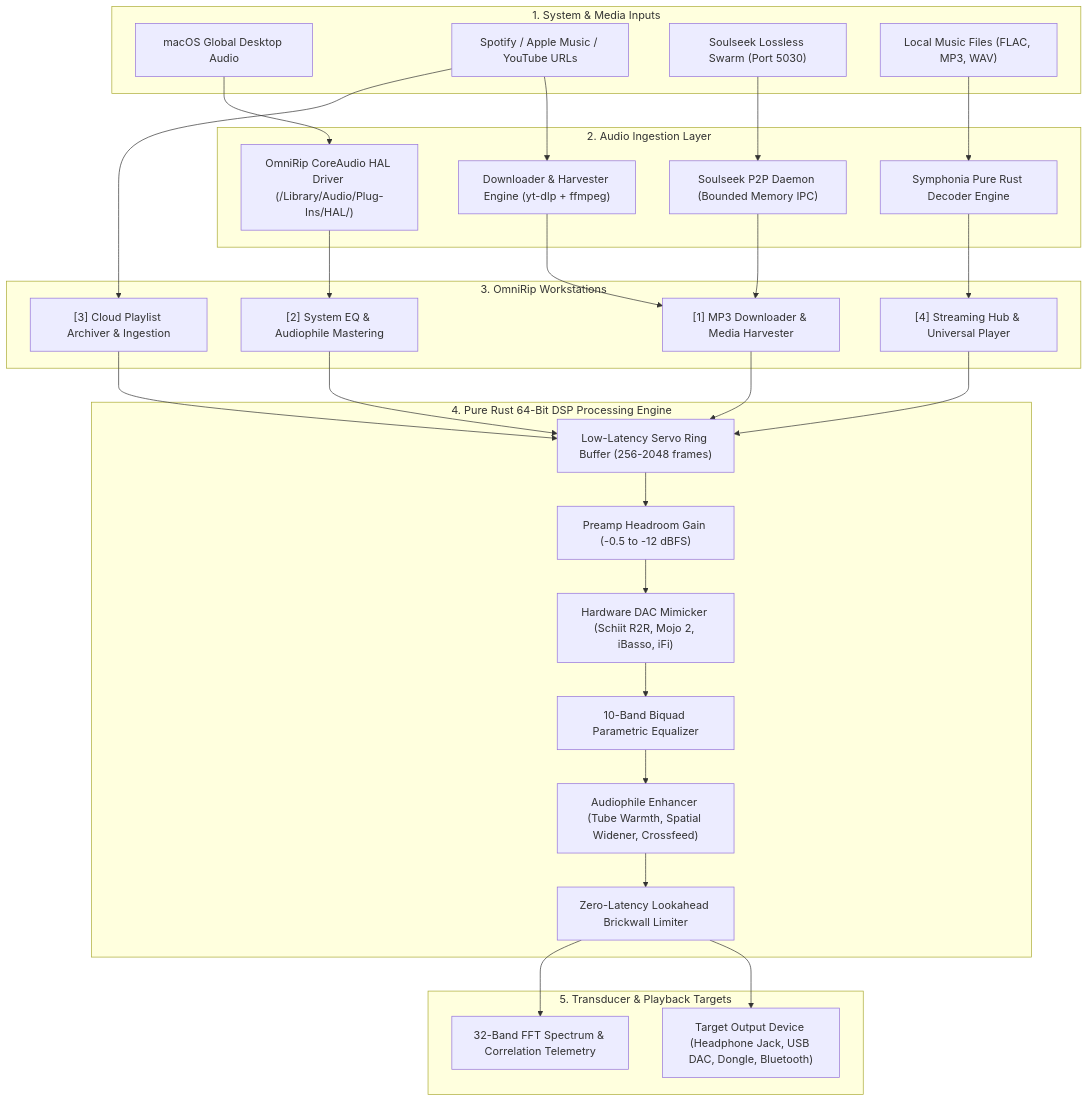
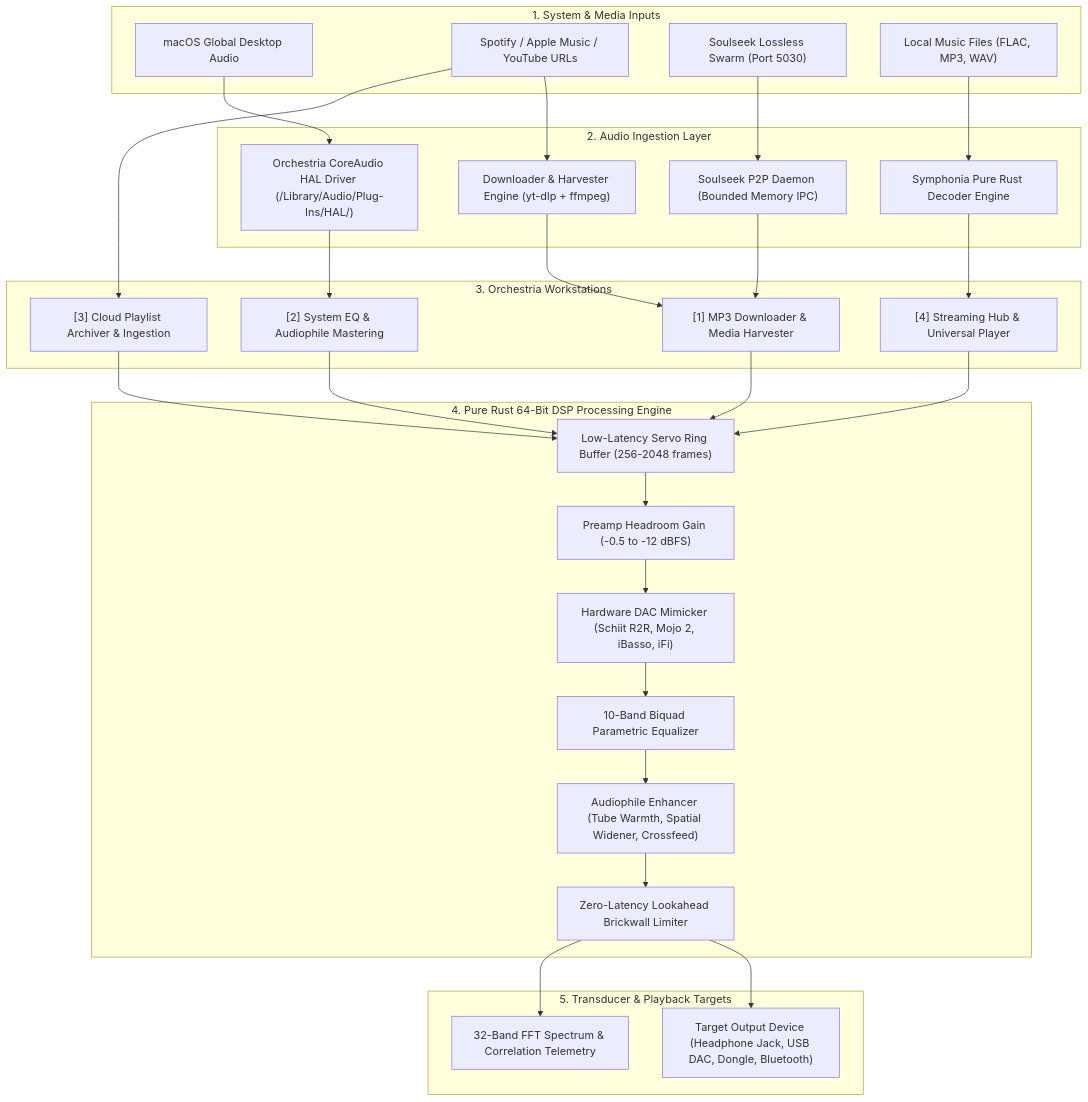
The first of 6 diagrams in docs/DOWNLOAD_AND_SETUP_GUIDE.md (abdullah-binmadhi/OmniRip), drawn with Mermaid before and after one commit. The commit also changed other lines of this file and 77 other files, not shown here.

First line of the commit message:
feat: rebrand OmniRip to Orchestria and fix macOS CI/release runners

````diff
--- a/docs/DOWNLOAD_AND_SETUP_GUIDE.md
+++ b/docs/DOWNLOAD_AND_SETUP_GUIDE.md
@@ -124,53 +124,53 @@
 ```mermaid
 flowchart TD
     subgraph Inputs["1. System & Media Inputs"]
         OSAudio["macOS Global Desktop Audio"]
         CloudSources["Spotify / Apple Music / YouTube URLs"]
         P2PNet["Soulseek Lossless Swarm (Port 5030)"]
         LocalFiles["Local Music Files (FLAC, MP3, WAV)"]
     end
 
     subgraph Drivers["2. Audio Ingestion Layer"]
-        HALDriver["OmniRip CoreAudio HAL Driver (/Library/Audio/Plug-Ins/HAL/)"]
+        HALDriver["Orchestria CoreAudio HAL Driver (/Library/Audio/Plug-Ins/HAL/)"]
         DownloaderEngine["Downloader & Harvester Engine (yt-dlp + ffmpeg)"]
         SlskdDaemon["Soulseek P2P Daemon (Bounded Memory IPC)"]
         LocalDecoder["Symphonia Pure Rust Decoder Engine"]
     end
 
-    subgraph Workstations["3. OmniRip Workstations"]
+    subgraph Workstations["3. Orchestria Workstations"]
         W1["[1] MP3 Downloader & Media Harvester"]
         W2["[2] System EQ & Audiophile Mastering"]
         W3["[3] Cloud Playlist Archiver & Ingestion"]
         W4["[4] Streaming Hub & Universal Player"]
     end
 
     subgraph DSPEngine["4. Pure Rust 64-Bit DSP Processing Engine"]
         Servo["Low-Latency Servo Ring Buffer (256-2048 frames)"]
         Preamp["Preamp Headroom Gain (-0.5 to -12 dBFS)"]
         DACMimic["Hardware DAC Mimicker (Schiit R2R, Mojo 2, iBasso, iFi)"]
         ParametricEQ["10-Band Biquad Parametric Equalizer"]
         Enhancer["Audiophile Enhancer (Tube Warmth, Spatial Widener, Crossfeed)"]
         Limiter["Zero-Latency Lookahead Brickwall Limiter"]
     end
 
     subgraph Output["5. Transducer & Playback Targets"]
         Telemetry["32-Band FFT Spectrum & Correlation Telemetry"]
         PhysicalOut["Target Output Device (Headphone Jack, USB DAC, Dongle, Bluetooth)"]
     end
 
     OSAudio --> HALDriver
     HALDriver --> W2
     CloudSources --> DownloaderEngine --> W1
     P2PNet --> SlskdDaemon --> W1
     CloudSources --> W3
     LocalFiles --> LocalDecoder --> W4
 
     W1 --> Servo
     W2 --> Servo
     W3 --> Servo
     W4 --> Servo
 
     Servo --> Preamp --> DACMimic --> ParametricEQ --> Enhancer --> Limiter
     Limiter --> PhysicalOut
     Limiter --> Telemetry
 ```
````
